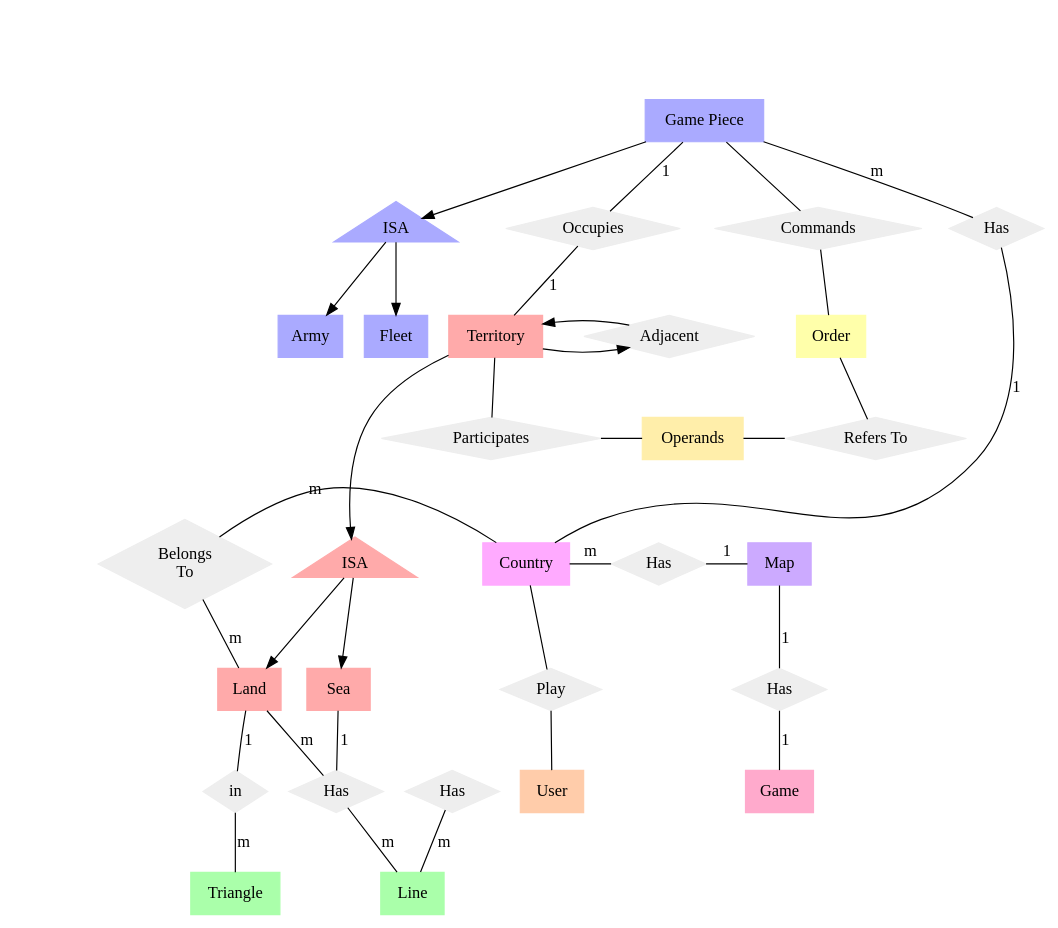
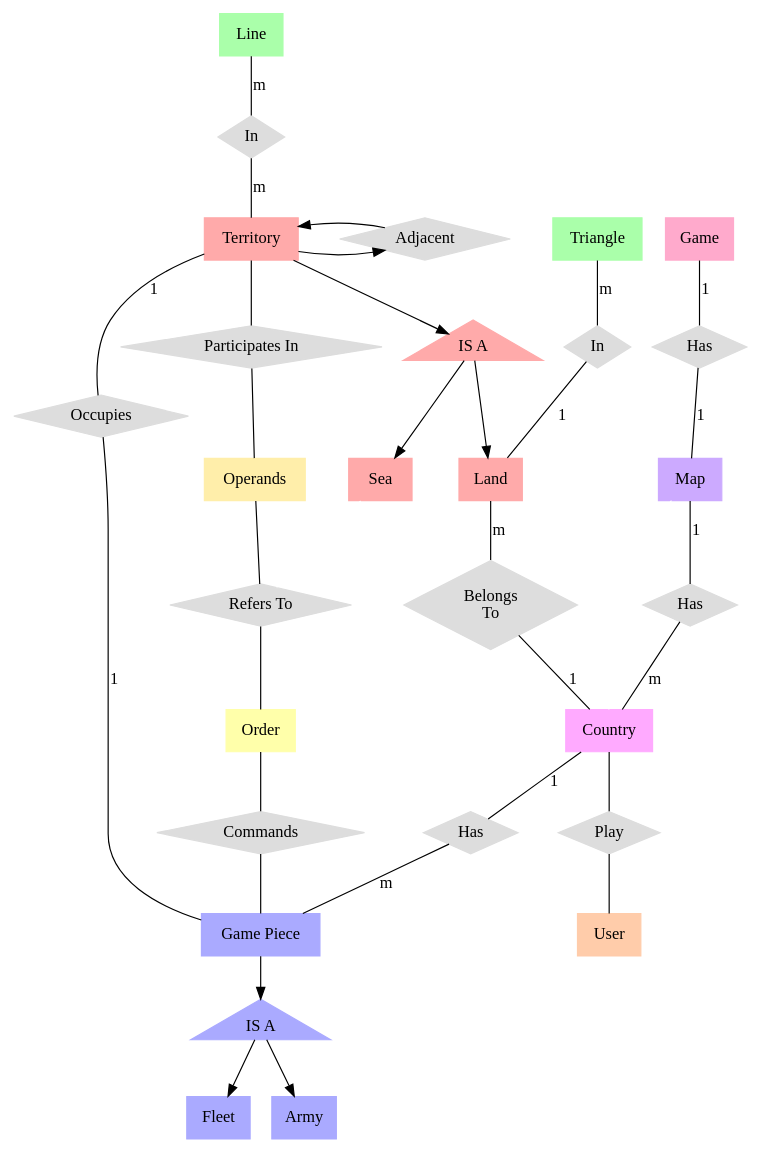
One commit to timtadh/diplomacy changed the diagram in papers/ER Diagram.dot. Above: the diagram before and after it, drawn with Graphviz. The commit also changed 2 other files, not shown here.

Commit message:
Updated diagram, tweaked entity descriptions.
Steve Johnson <srj15@case.edu>

```diff
--- a/papers/ER Diagram.dot
+++ b/papers/ER Diagram.dot
@@ -1,120 +1,87 @@
 digraph structs{
+    edge[len=2];
+    GamePiece[shape=rect, label="Game Piece", style=filled, color="#aaaaff"];
+    Game[shape=rect, style=filled, color="#ffaacc"];
+    
+    Country[shape=rect, style=filled, color="#ffaaff"];
+    
+    Occupies[shape=diamond, style=filled, color="#dddddd"];
+    Commands[shape=diamond, style=filled, color="#dddddd"];
+    
+    Operands[shape=rect, style=filled, color="#ffeeaa"];
+    Order[shape=rect, style=filled, color="#ffffaa"];
+    refers_to[label="Refers To", shape=diamond, style=filled, color="#dddddd"];
+    
+    Map[shape=rect, style=filled, color="#ccaaff"];
+    
+    GameHasMap[label="Has", shape=diamond, style=filled, color="#dddddd"];
+    
+    LineInTerritory[shape=diamond, style=filled, color="#dddddd", label="In"];
+    User[shape=rect, style=filled, color="#ffccaa"];
+    
+    Line[shape=rect, style=filled, color="#aaffaa"];
+    Triangle[shape=rect, style=filled, color="#aaffaa"];
+    
+    ISA2[label="IS A", shape=triangle, style=filled, color="#aaaaff"];
+    Fleet[shape=rect, style=filled, color="#aaaaff"];
+    Army[shape=rect, style=filled, color="#aaaaff"];
+    
+    In[shape=diamond, style=filled, color="#dddddd"];
+    Participates[label="Participates In", shape=diamond, style=filled, color="#dddddd"];
+    
+    belongs_to[label="Belongs\nTo", shape=diamond, style=filled, color="#dddddd"];
+    
+    CountryHasGamePiece[shape=diamond, style=filled, color="#dddddd", label="Has"];
+    MapHasCountry[label="Has", shape=diamond, style=filled, color="#dddddd"];
+    Play[shape=diamond, style=filled, color="#dddddd"];
+    
     {
-        ss[label="", shape=none];
-        ISA2[label="ISA", shape=triangle, style=filled, color="#aaaaff"];
-        Fleet[shape=rect, style=filled, color="#aaaaff"];
-        Army[shape=rect, style=filled, color="#aaaaff"];
-    }
-
-    {
-        rank=same;
-        tt[label="", shape=none];
-        node[shape=rect];
-        GamePiece[label="Game Piece", style=filled, color="#aaaaff"];
+        ISA[label="IS A", shape=triangle, style=filled, color="#ffaaaa"];
+        Sea[shape=rect, style=filled, color="#ffaaaa"];
+        Land[shape=rect, style=filled, color="#ffaaaa"];
     }
     
     {
         rank=same;
-        uu[label="", shape=none];
-        node[shape=diamond, style=filled, color="#eeeeee"];
-        Occupies;
-        has1[label="Has"];
-        Commands[shape=diamond, style=filled, color="#eeeeee"];
-    }
-
-    {
-        rank=same;
-        vv[label="", shape=none];
-        node[shape=rect];
-        Territory[style=filled, color="#ffaaaa"];
-        Order[shape=rect, style=filled, color="#ffffaa"];
-        Adjacent[shape=diamond, style=filled, color="#eeeeee"];
+        Territory[shape=rect, style=filled, color="#ffaaaa"];
+        Adjacent[shape=diamond, style=filled, color="#dddddd"];
     }
     
-    {
-        rank=same;
-        vw[label="", shape=none];
-
-        Operands[shape=rect, style=filled, color="#ffeeaa"];
-        Participates[shape=diamond, style=filled, color="#eeeeee"];
-        refers_to[label="Refers To", shape=diamond, style=filled, color="#eeeeee"];
-    }
-    
-    {
-        rank=same;
-        ww[label="", shape=none];
-        ISA[shape=triangle, style=filled, color="#ffaaaa"];
-        belongs_to[label="Belongs\nTo", shape=diamond, style=filled, color="#eeeeee"];
-        Country[shape=rect, style=filled, color="#ffaaff"];
-        has2[label="Has", shape=diamond, style=filled, color="#eeeeee"];
-        Map[shape=rect, style=filled, color="#ccaaff"];
-    }
-
-    {
-        rank=same;
-        xx[label="", shape=none];
-        Sea[shape=rect, style=filled, color="#ffaaaa"];
-        Land[shape=rect, style=filled, color="#ffaaaa"];
-        Play[shape=diamond, style=filled, color="#eeeeee"];
-        Has[shape=diamond, style=filled, color="#eeeeee"];
-    }
-    
-    {
-        rank=same;
-        yy[label="", shape=none];
-        node[shape=diamond, style=filled, color="#eeeeee"];
-        have1[label="Has"];
-        have2[label="Has"];
-        in;
-        User[shape=rect, style=filled, color="#ffccaa"];
-        Game[shape=rect, style=filled, color="#ffaacc"];
-    }
-
-    {
-        rank=same;
-        zz[label="", shape=none];
-        rank=sink;
-        Line[shape=rect, style=filled, color="#aaffaa"];
-        Triangle[shape=rect, style=filled, color="#aaffaa"];
-    }
-    
-    edge[label="", arrowhead=none, color=white];
-    ss->tt->uu->vv->vw->ww->xx->yy->zz;
-    edge[color=black];
-    
     edge[label="1", arrowhead=none];
-    in->Land;
-    have1->Sea;
-    Territory->Occupies;
-    Country->has1;
-    has2->Map;
-    Occupies->GamePiece;
-    Map->Has->Game;
+    In->Land;
+    Territory->Occupies->GamePiece;
+    //GamePiece->Occupies->Territory;
+    Country->CountryHasGamePiece;
+    Map->MapHasCountry;
+    Game->GameHasMap->Map;
+    belongs_to->Country;
     
     edge[label="m", arrowhead=none];
-    Line->have1[group=LH];
-    Line->have2[group=LH];
-    Triangle->in;
-    have1->Land;
+    Line->LineInTerritory->Territory
+    Triangle->In;
     Land->belongs_to;
-    belongs_to->Country;
-    Country->has2;
-    has1->GamePiece;
+    MapHasCountry->Country;
+    CountryHasGamePiece->GamePiece;
 
     edge[label="", arrowhead=normal];
     ISA->Sea;
     ISA->Land;
     Territory->ISA
     Territory->Adjacent;
     Adjacent->Territory;
     GamePiece->ISA2;
     ISA2->Fleet;
     ISA2->Army;
     
     edge[label="", arrowhead=none];
     Country->Play;
     Play->User;
     Territory->Participates;
     Participates->Operands;
     Operands->refers_to->Order->Commands->GamePiece;
+    
+    //invisible lines to assist formatting
+    edge[label="", color="white"];
+    Sea->refers_to;
+    Map->Country;
 }
```
